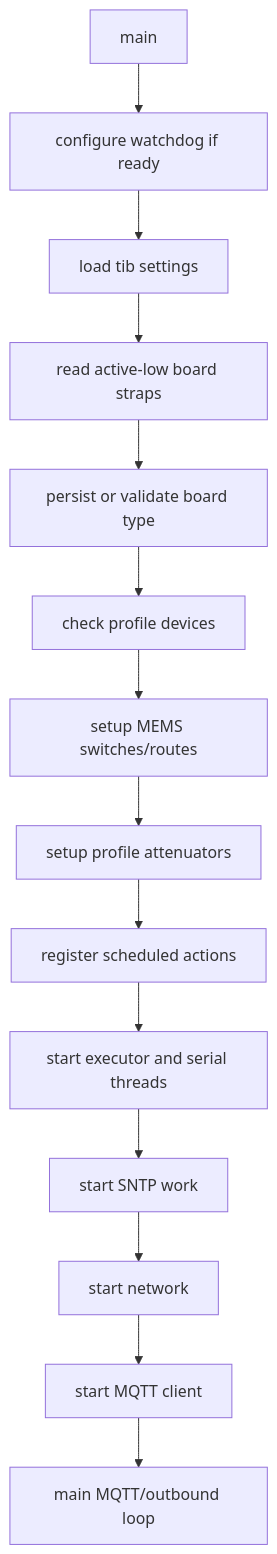
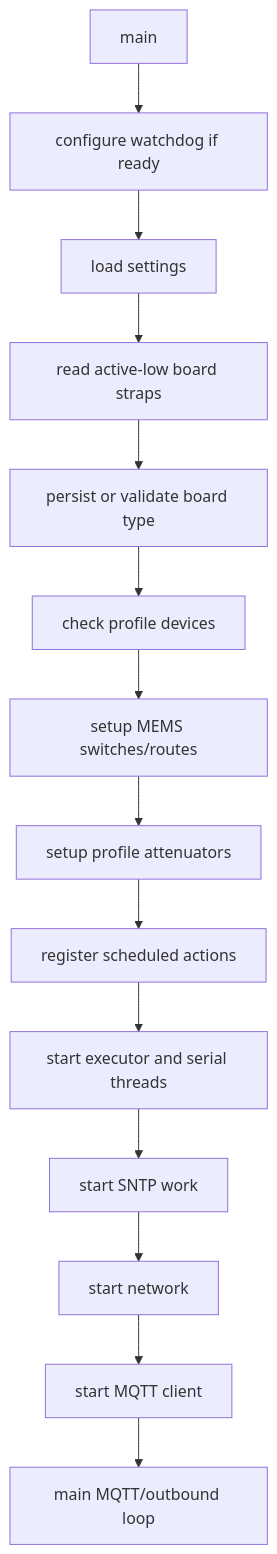
The second of 17 diagrams in doc/diagrams.md (COO-Utilities/hispec-tib), drawn with Mermaid before and after one commit. The commit also changed other lines of this file and 28 other files, not shown here.

````diff
--- a/doc/diagrams.md
+++ b/doc/diagrams.md
@@ -40,16 +38,16 @@
 ```mermaid
 flowchart TD
   Start[main] --> Watchdog[configure watchdog if ready]
-  Watchdog --> Load[load tib settings]
+  Watchdog --> Load[load settings]
   Load --> Straps[read active-low board straps]
   Straps --> PersistBoard[persist or validate board type]
   PersistBoard --> DevicesReady[check profile devices]
   DevicesReady --> Router[setup MEMS switches/routes]
   Router --> Attens[setup profile attenuators]
   Attens --> Runtime[register scheduled actions]
   Runtime --> Threads[start executor and serial threads]
   Threads --> SNTP[start SNTP work]
   SNTP --> Network[start network]
   Network --> MQTTInit[start MQTT client]
   MQTTInit --> Loop[main MQTT/outbound loop]
 ```
````
